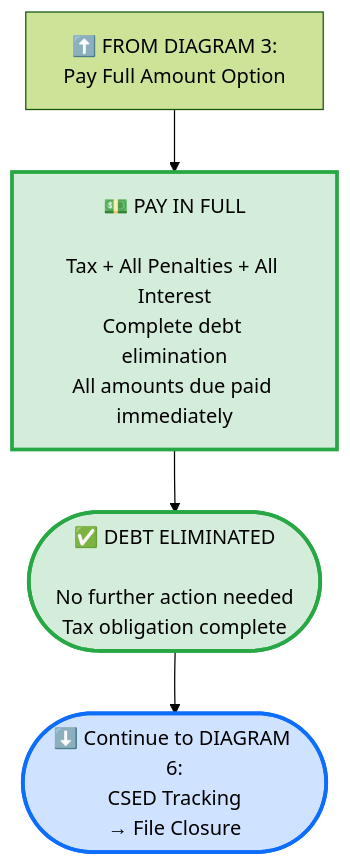
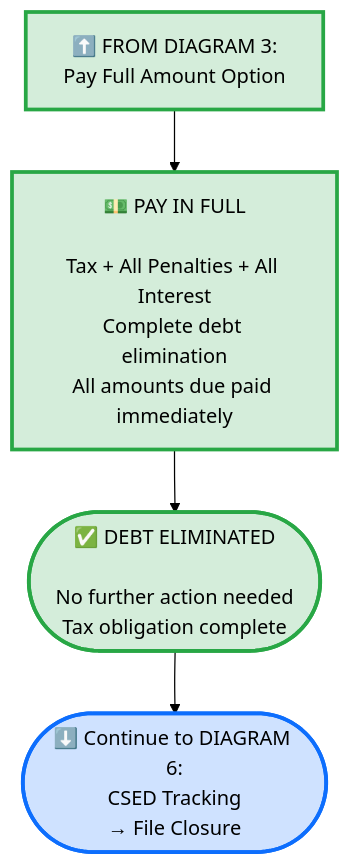
One commit to vipul79321/EA3 changed the fourth of 11 diagrams in IRS-Flow-perplexity.md. Above: the diagram before and after it, drawn with Mermaid (forest theme). The commit also changed other lines of this file, not shown here.

````diff
--- a/IRS-Flow-perplexity.md
+++ b/IRS-Flow-perplexity.md
@@ -175,17 +175,17 @@
 ```mermaid
 flowchart TD
     Entry[⬆️ FROM DIAGRAM 3:<br/>Pay Full Amount Option]
     
     Entry --> PayFull[💵 PAY IN FULL<br/><br/>Tax + All Penalties + All Interest<br/>Complete debt elimination<br/>All amounts due paid immediately]
     
     PayFull --> DebtCleared([✅ DEBT ELIMINATED<br/><br/>No further action needed<br/>Tax obligation complete])
     
     DebtCleared --> CSEDCheck([⬇️ Continue to DIAGRAM 6:<br/>CSED Tracking<br/>→ File Closure])
     
     %% Styling
     classDef successClass fill:#d4edda,stroke:#28a745,stroke-width:3px,color:#000
     classDef nextClass fill:#cfe2ff,stroke:#0d6efd,stroke-width:3px,color:#000
     
-    class PayFull,DebtCleared successClass
+    class Entry,PayFull,DebtCleared successClass
     class CSEDCheck nextClass
 ```
````
